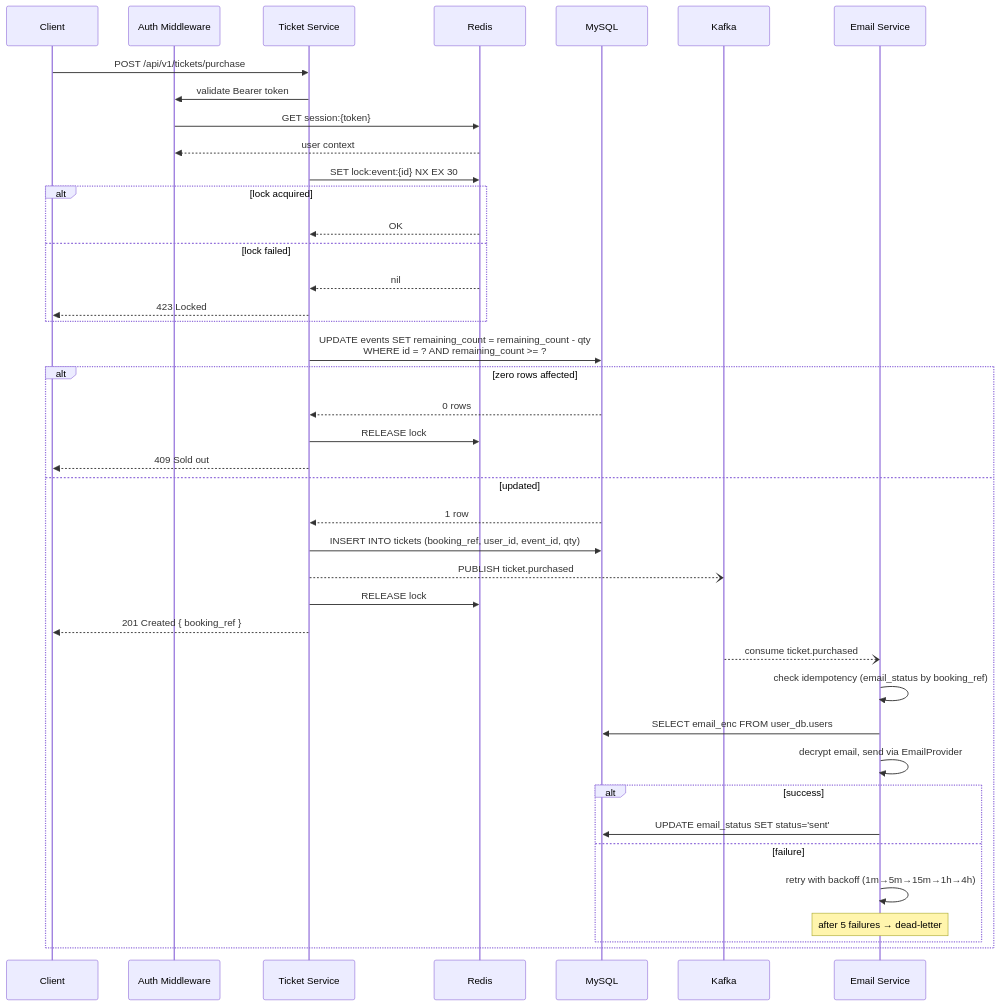
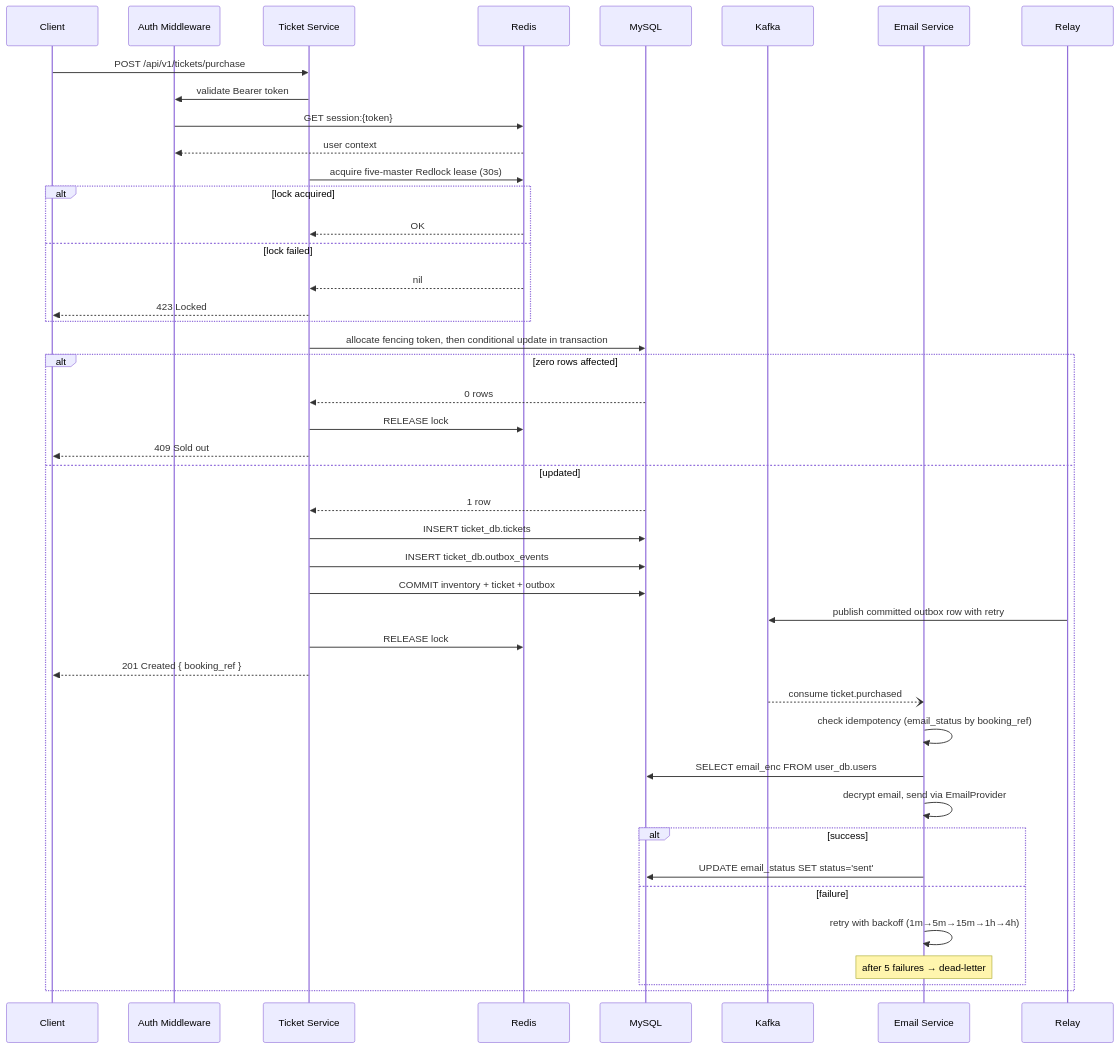
One commit to RyanOngWK/Event-Ticket-Booking-Platform changed the second of 5 diagrams in README.md. Above: the diagram before and after it, drawn with Mermaid. The commit also changed other lines of this file and 29 other files, not shown here.

Commit message:
added redlock, fencing token, atomic update

````diff
--- a/README.md
+++ b/README.md
@@ -89,47 +89,49 @@
 ```mermaid
 sequenceDiagram
     participant Client
     participant Auth as Auth Middleware
     participant Ticket as Ticket Service
     participant Redis
     participant MySQL
     participant Kafka
     participant Email as Email Service
 
     Client->>Ticket: POST /api/v1/tickets/purchase
     Ticket->>Auth: validate Bearer token
     Auth->>Redis: GET session:{token}
     Redis-->>Auth: user context
 
-    Ticket->>Redis: SET lock:event:{id} NX EX 30
+    Ticket->>Redis: acquire five-master Redlock lease (30s)
     alt lock acquired
         Redis-->>Ticket: OK
     else lock failed
         Redis-->>Ticket: nil
         Ticket-->>Client: 423 Locked
     end
 
-    Ticket->>MySQL: UPDATE events SET remaining_count = remaining_count - qty<br/>WHERE id = ? AND remaining_count >= ?
+    Ticket->>MySQL: allocate fencing token, then conditional update in transaction
     alt zero rows affected
         MySQL-->>Ticket: 0 rows
         Ticket->>Redis: RELEASE lock
         Ticket-->>Client: 409 Sold out
     else updated
         MySQL-->>Ticket: 1 row
-        Ticket->>MySQL: INSERT INTO tickets (booking_ref, user_id, event_id, qty)
-        Ticket--)Kafka: PUBLISH ticket.purchased
+        Ticket->>MySQL: INSERT ticket_db.tickets
+        Ticket->>MySQL: INSERT ticket_db.outbox_events
+        Ticket->>MySQL: COMMIT inventory + ticket + outbox
+        Relay->>Kafka: publish committed outbox row with retry
         Ticket->>Redis: RELEASE lock
         Ticket-->>Client: 201 Created { booking_ref }
 
         Kafka--)Email: consume ticket.purchased
         Email->>Email: check idempotency (email_status by booking_ref)
         Email->>MySQL: SELECT email_enc FROM user_db.users
         Email->>Email: decrypt email, send via EmailProvider
         alt success
             Email->>MySQL: UPDATE email_status SET status='sent'
         else failure
             Email->>Email: retry with backoff (1m→5m→15m→1h→4h)
             Note over Email: after 5 failures → dead-letter
         end
     end
 ```
````
